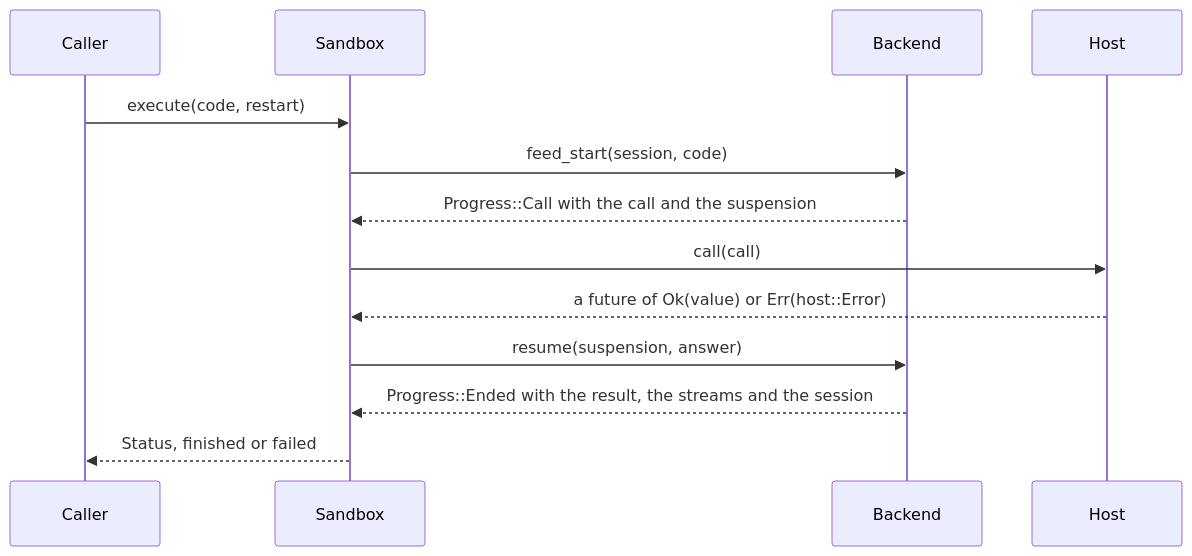
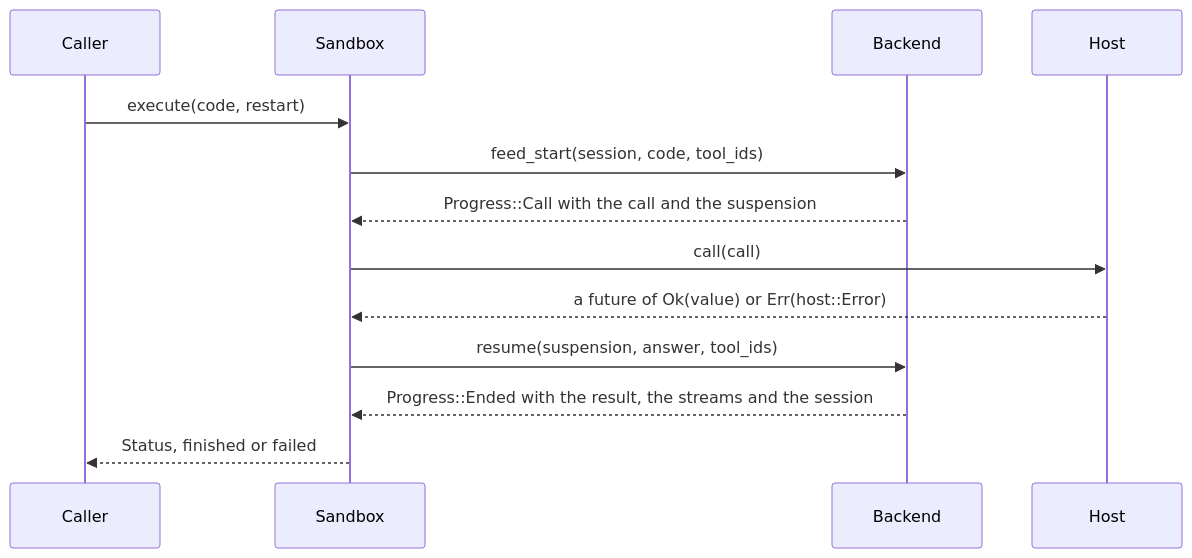
One commit to legend-of-alan/ghostmode changed the diagram in docs/extending.md. Above: the diagram before and after it, drawn with Mermaid. The commit also changed other lines of this file and 3 other files, not shown here.

First line of the commit message:
Read the host's tool ids once in Builder::new and pass them to every backend call (#61)

````diff
--- a/docs/extending.md
+++ b/docs/extending.md
@@ -16,15 +16,15 @@
 ```mermaid
 sequenceDiagram
     participant Caller
     participant Sandbox
     participant Backend
     participant Host
     Caller->>Sandbox: execute(code, restart)
-    Sandbox->>Backend: feed_start(session, code)
+    Sandbox->>Backend: feed_start(session, code, tool_ids)
     Backend-->>Sandbox: Progress::Call with the call and the suspension
     Sandbox->>Host: call(call)
     Host-->>Sandbox: a future of Ok(value) or Err(host::Error)
-    Sandbox->>Backend: resume(suspension, answer)
+    Sandbox->>Backend: resume(suspension, answer, tool_ids)
     Backend-->>Sandbox: Progress::Ended with the result, the streams and the session
     Sandbox-->>Caller: Status, finished or failed
 ```
````
